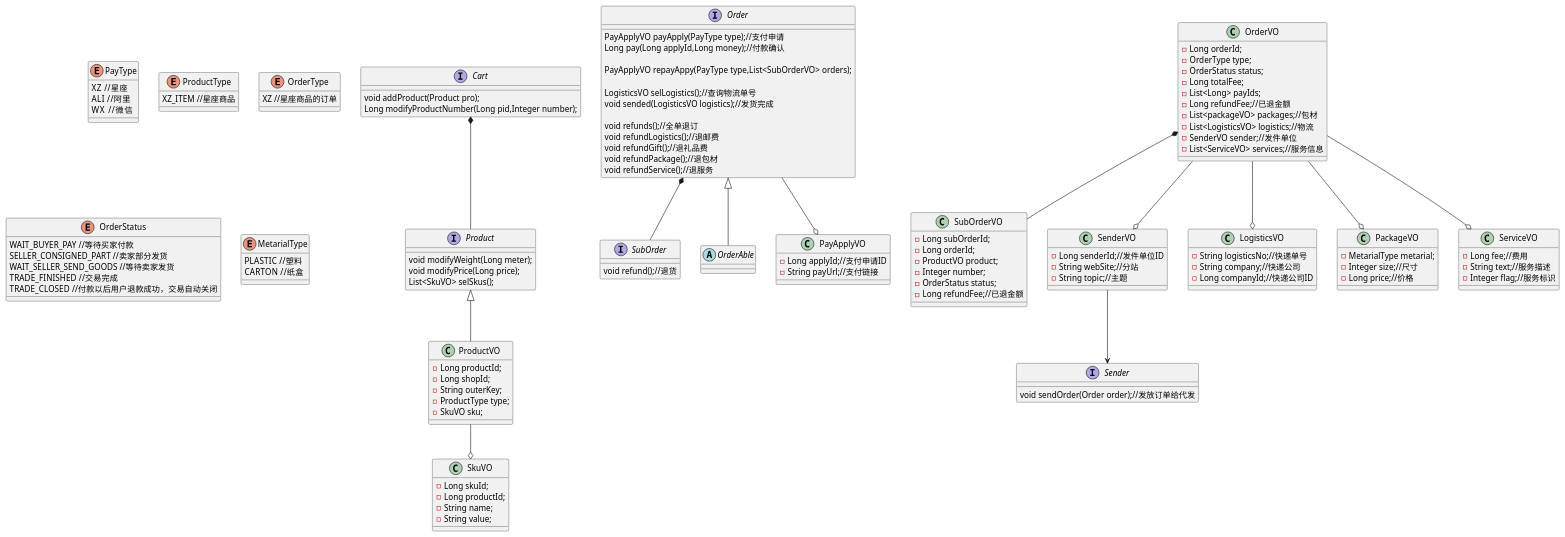
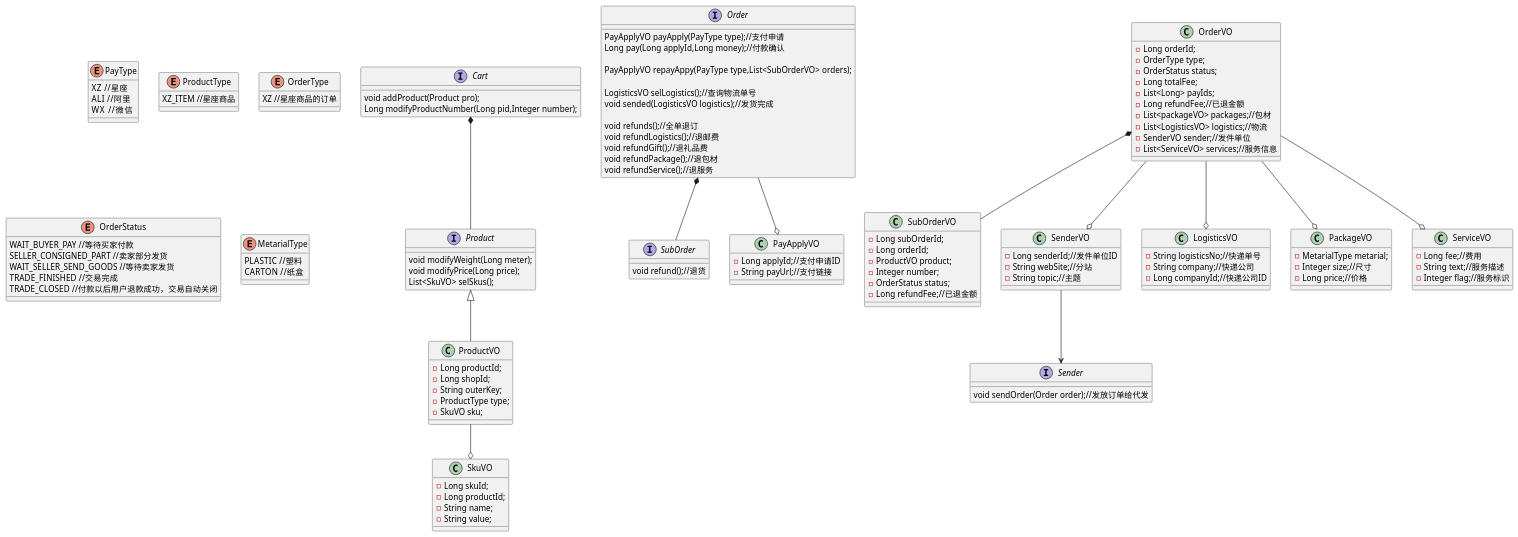
Before and after one commit to pogy/main-pom: the diagram in main4-order/main4-order-api/src/main/resources/orderClass.puml, drawn with PlantUML.

Commit message:
订单去除规则

```diff
--- a/main4-order/main4-order-api/src/main/resources/orderClass.puml
+++ b/main4-order/main4-order-api/src/main/resources/orderClass.puml
@@ -1,151 +1,147 @@
 @startuml
 enum PayType{
 XZ  //星座
 ALI  //阿里
 WX   //微信
 }
 interface Cart{
 void addProduct(Product pro);
 Long modifyProductNumber(Long pid,Integer number);
 }
 interface Order{
 PayApplyVO payApply(PayType type);//支付申请
 Long pay(Long applyId,Long money);//付款确认
 
 PayApplyVO repayAppy(PayType type,List<SubOrderVO> orders);
 
 LogisticsVO selLogistics();//查询物流单号
 void sended(LogisticsVO logistics);//发货完成
 
 void refunds();//全单退订
 void refundLogistics();//退邮费
 void refundGift();//退礼品费
 void refundPackage();//退包材
 void refundService();//退服务
 }
 interface SubOrder{
 void refund();//退货
 
 }
 interface Product{
 void modifyWeight(Long meter);
 void modifyPrice(Long price);
 List<SkuVO> selSkus();
 }
 interface Sender{
 void sendOrder(Order order);//发放订单给代发
 }
 
 class OrderVO{
 -Long orderId;
 -OrderType type;
 -OrderStatus status;
 -Long totalFee;
 -List<Long> payIds;
 -Long refundFee;//已退金额
 -List<packageVO> packages;//包材
 -List<LogisticsVO> logistics;//物流
 -SenderVO sender;//发件单位
 -List<ServiceVO> services;//服务信息
 }
 
 class SubOrderVO{
 -Long subOrderId;
 -Long orderId;
 -ProductVO product;
 -Integer number;
 -OrderStatus status;
 -Long refundFee;//已退金额
 }
 
 enum ProductType{
 XZ_ITEM //星座商品
 
 }
 
 enum OrderType{
 XZ //星座商品的订单
 
 }
 
 enum OrderStatus{
 WAIT_BUYER_PAY //等待买家付款
 SELLER_CONSIGNED_PART //卖家部分发货
 WAIT_SELLER_SEND_GOODS //等待卖家发货
 TRADE_FINISHED  //交易完成
 TRADE_CLOSED  //付款以后用户退款成功，交易自动关闭
 
 }
 
 enum MetarialType{
 PLASTIC  //塑料
 CARTON  //纸盒
 }
 
-abstract class OrderAble{
-
-}
 
 class ProductVO{
 -Long productId;
 -Long shopId;
 -String outerKey;
 -ProductType type;
 -SkuVO sku;
 }
 
 class SkuVO{
 -Long skuId;
 -Long productId;
 -String name;
 -String value;
 }
 
 class PayApplyVO{
 -Long applyId;//支付申请ID
 -String payUrl;//支付链接
 }
 
 class SenderVO{
 -Long senderId;//发件单位ID
 -String webSite;//分站
 -String topic;//主题
 }
 
 class LogisticsVO{
 -String logisticsNo;//快递单号
 -String company;//快递公司
 -Long companyId;//快递公司ID
 }
 
 class PackageVO{
 -MetarialType metarial;
 -Integer size;//尺寸
 -Long price;//价格
 }
 
 class ServiceVO{
 -Long fee;//费用
 -String text;//服务描述
 -Integer flag;//服务标识
 }
 
 Cart *-- Product
 Product <|-- ProductVO
 ProductVO --o SkuVO
 
 Order *-- SubOrder
 OrderVO *-- SubOrderVO
 OrderVO --o ServiceVO
 
 OrderVO --o SenderVO
 OrderVO --o PackageVO
 OrderVO --o LogisticsVO
 
 Order --o PayApplyVO
-Order <|-- OrderAble
 
 SenderVO --> Sender
 
 
 @enduml
```
